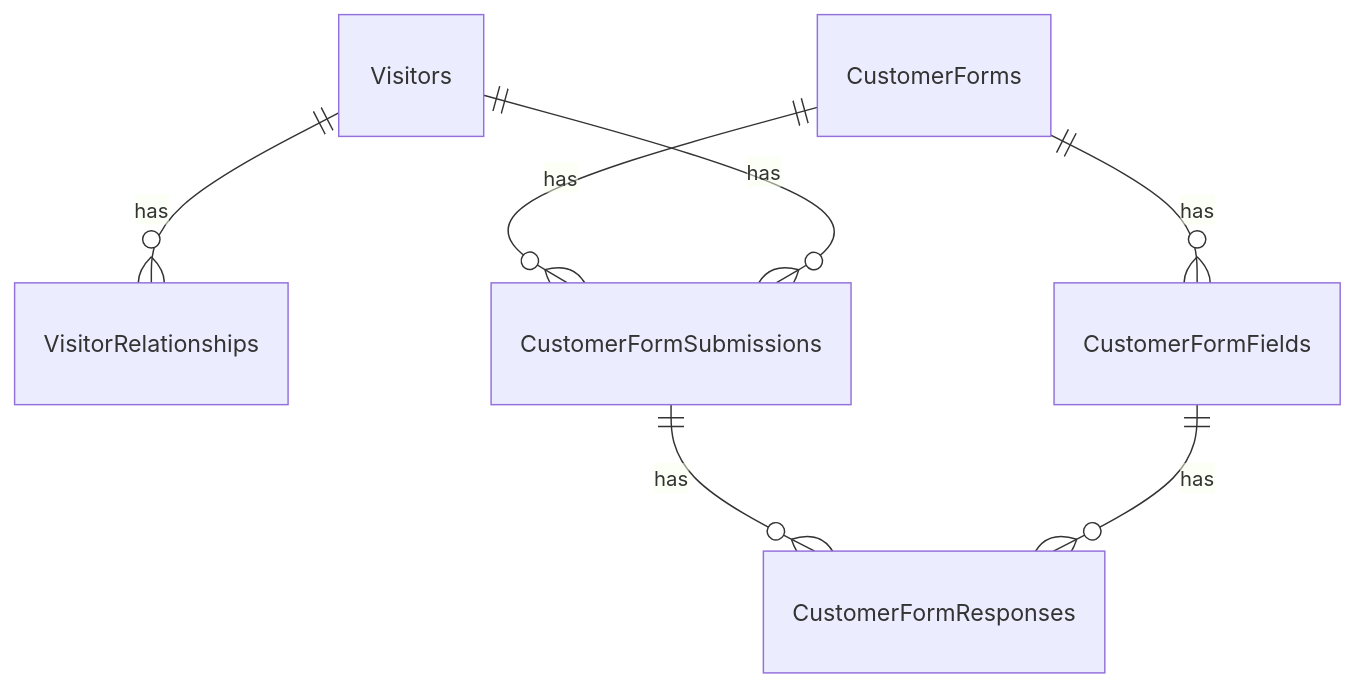
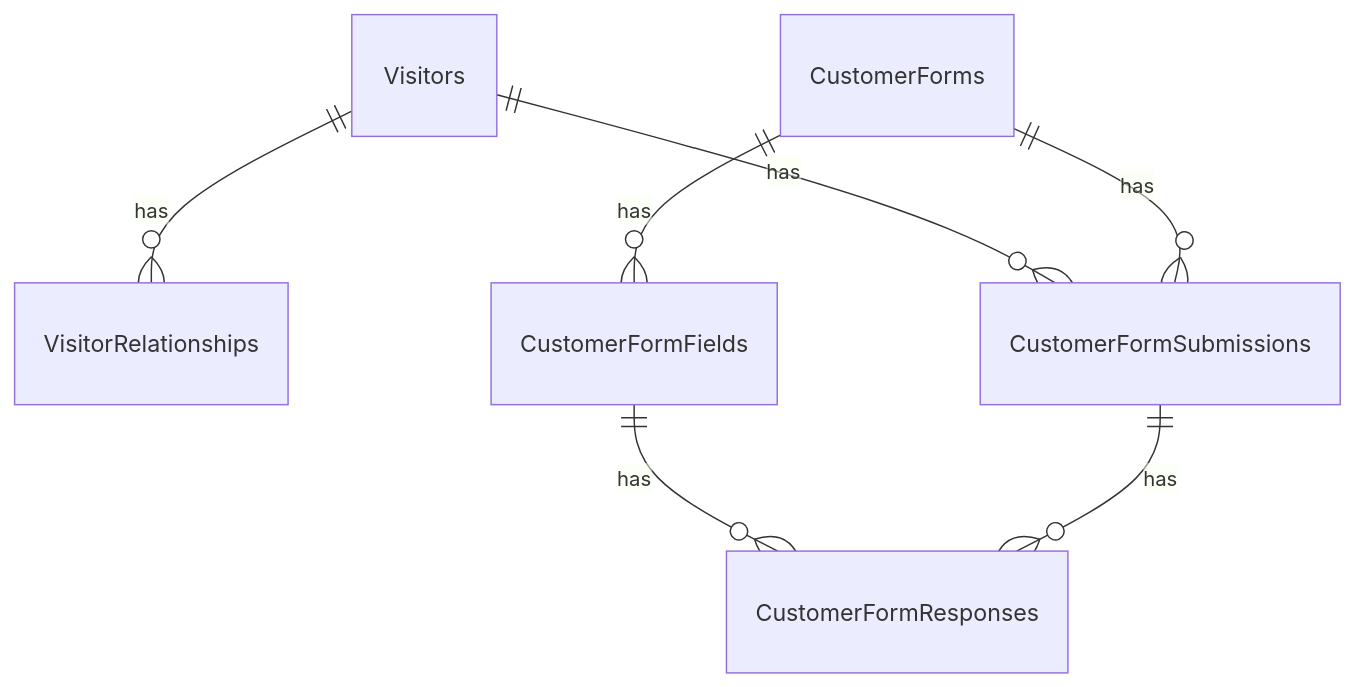
One commit to Saksham-Gupta-GH/ER-Diagram changed the fifth of 8 diagrams in Mermaid_Diagrams.md. Above: the diagram before and after it, drawn with Mermaid. The commit also changed other lines of this file, not shown here.

Commit message:
Fix ER diagram generation bugs and update mappings

````diff
--- a/Mermaid_Diagrams.md
+++ b/Mermaid_Diagrams.md
@@ -166,9 +167,9 @@
 ```mermaid
 erDiagram
   Visitors ||--o{ VisitorRelationships : "has"
+  Visitors ||--o{ CustomerFormSubmissions : "has"
   CustomerForms ||--o{ CustomerFormFields : "has"
   CustomerForms ||--o{ CustomerFormSubmissions : "has"
-  Visitors ||--o{ CustomerFormSubmissions : "has"
+  CustomerFormFields ||--o{ CustomerFormResponses : "has"
   CustomerFormSubmissions ||--o{ CustomerFormResponses : "has"
-  CustomerFormFields ||--o{ CustomerFormResponses : "has"
 ```
````
